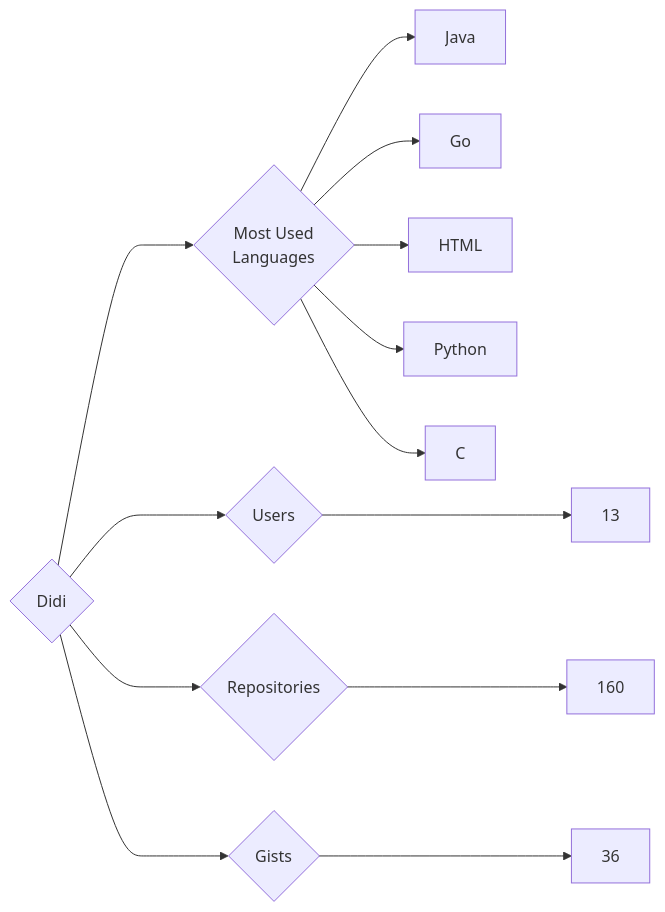
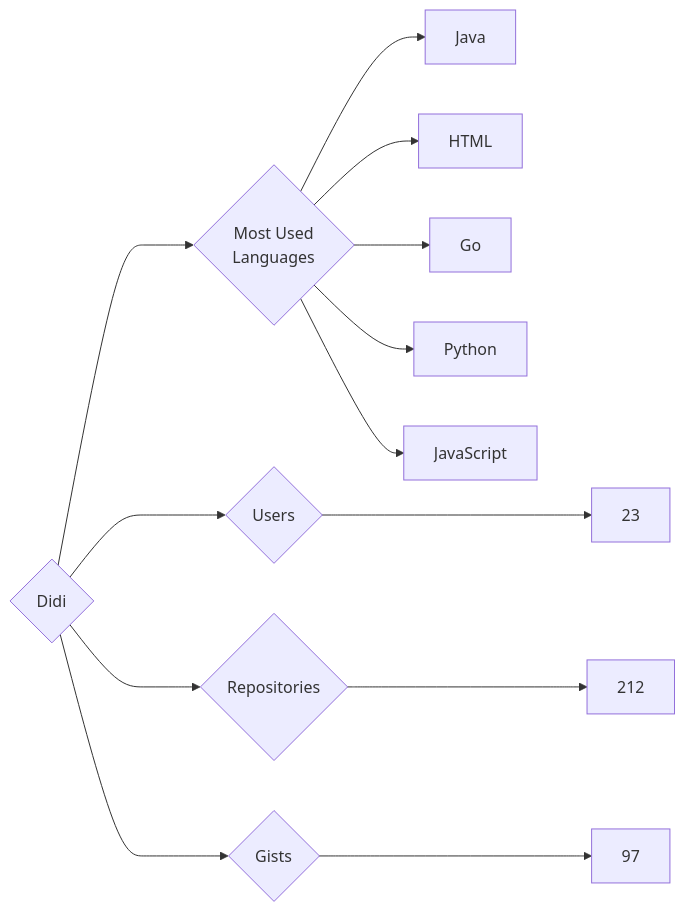
The diagram in targets/Didi/README.md (trickest/insiders), drawn with Mermaid before and after one commit. The commit also changed 594 other files, not shown here.

````diff
--- a/targets/Didi/README.md
+++ b/targets/Didi/README.md
@@ -3,13 +3,13 @@
 ```mermaid
 graph LR
 COMPANY_NAME{Didi}
-COMPANY_NAME ---> U{Users} ---> UN[13]
-COMPANY_NAME ---> R{Repositories} ---> RN[160]
-COMPANY_NAME ---> G{Gists} ---> GN[36]
+COMPANY_NAME ---> U{Users} ---> UN[23]
+COMPANY_NAME ---> R{Repositories} ---> RN[212]
+COMPANY_NAME ---> G{Gists} ---> GN[97]
 COMPANY_NAME ---> ML{Most Used<br>Languages}
 ML --> Java[Java]
+ML --> HTML[HTML]
 ML --> Go[Go]
-ML --> HTML[HTML]
 ML --> Python[Python]
-ML --> C[C]
+ML --> JavaScript[JavaScript]
 ```
````
